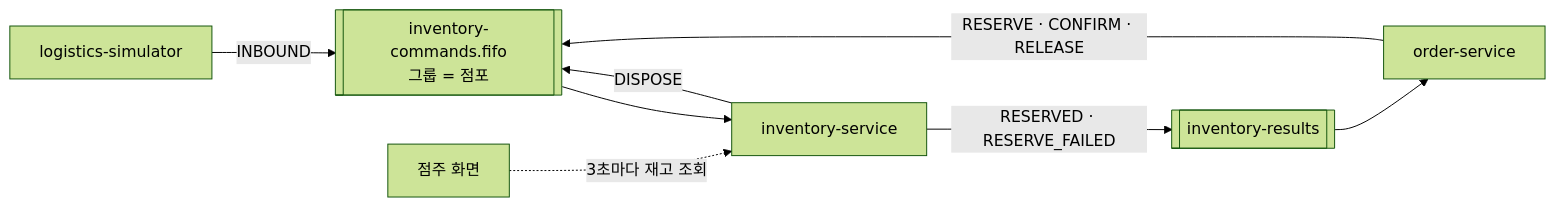
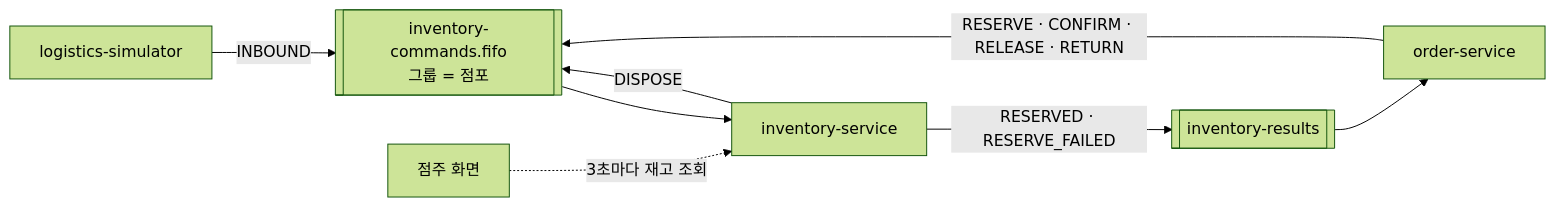
The diagram in README.md (sesac-freshlink/inventory-service), drawn with Mermaid (forest theme) before and after one commit. The commit also changed other lines of this file and 13 other files, not shown here.

````diff
--- a/README.md
+++ b/README.md
@@ -31,10 +31,10 @@
 ```mermaid
 flowchart LR
     SIM["logistics-simulator"] -- "INBOUND" --> Q1[["inventory-commands.fifo<br/>그룹 = 점포"]]
-    ORD["order-service"] -- "RESERVE · CONFIRM · RELEASE" --> Q1
+    ORD["order-service"] -- "RESERVE · CONFIRM · RELEASE · RETURN" --> Q1
     INV -- "DISPOSE" --> Q1
     Q1 --> INV["inventory-service"]
     INV -- "RESERVED · RESERVE_FAILED" --> Q2[["inventory-results"]]
     Q2 --> ORD
     OW["점주 화면"] -. "3초마다 재고 조회" .-> INV
 ```
````
